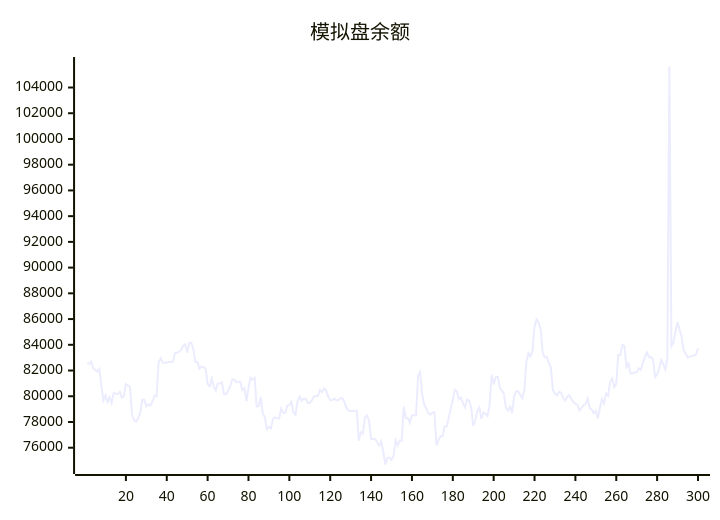
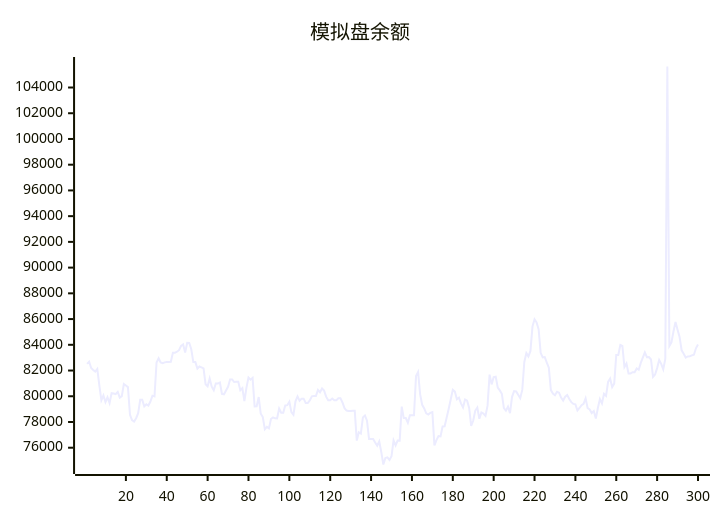
Before and after one commit to aahl/ai-trading: the diagram in README.md, drawn with Mermaid. The commit also changed other lines of this file and 1 other file, not shown here.

````diff
--- a/README.md
+++ b/README.md
@@ -5,5 +5,5 @@
 ```mermaid
 xychart
     title "模拟盘余额"
-    line [82572,82512,82688,82200,82047,81920,82125,80840,79688,80060,79552,79920,79470,80236,80208,80170,80336,79894,80006,80954,80837,80712,78561,78139,78037,78293,78682,79720,79720,79214,79372,79279,79591,80046,79993,82625,82950,82626,82571,82633,82670,82670,82681,83386,83378,83464,83579,83920,84037,83402,84160,84142,83652,82655,82655,82145,82315,82243,82163,80934,80770,81371,80742,80468,80989,80989,81067,80191,80155,80450,80737,81309,81309,81106,81119,81119,80471,80631,79624,80670,81448,81290,81429,79212,79222,79940,78643,78380,77432,77623,77504,78235,78358,78284,78277,79048,78714,78714,79290,79308,79567,78763,78563,79603,79988,79652,79813,79813,79476,79469,79673,79995,80015,80015,80486,80314,80600,80436,79966,79689,79689,79819,79692,79692,79850,79850,79518,79071,78889,78850,78850,78878,78878,76554,77202,77103,78357,78510,78106,76678,76677,76672,76411,76159,76485,75656,74695,75197,75246,75052,75334,76564,76179,76553,76551,79196,78300,78300,77944,78531,78531,78521,81564,81884,80160,79335,79055,78675,78580,78708,78764,76179,76586,76902,76876,77658,77669,78346,79023,79769,80497,80366,79761,79896,79448,79126,79749,79658,79097,77695,78114,78888,79126,78249,78738,78653,78478,79271,81680,80923,81488,81527,80681,80455,80190,79084,78879,79193,78686,79954,80403,80374,80118,79848,80491,82665,83351,83098,83525,85430,85983,85737,85221,83378,83014,83043,82613,82216,80477,80208,80081,80348,80277,79894,79670,79965,80093,79786,79542,79406,79371,78893,79087,79304,79406,79841,79072,78978,78696,78846,78272,79085,79787,79442,80198,80031,81120,81379,80718,80985,83214,83212,83993,83921,82270,82547,81776,81776,81866,81866,82158,82061,82596,83000,83408,83041,83050,82858,81503,81691,82188,82812,82517,82092,82901,105633,83898,84180,85030,85781,85178,84604,83569,83298,83008,83093,83107,83175,83228,83729]
+    line [82512,82688,82200,82047,81920,82125,80840,79688,80060,79552,79920,79470,80236,80208,80170,80336,79894,80006,80954,80837,80712,78561,78139,78037,78293,78682,79720,79720,79214,79372,79279,79591,80046,79993,82625,82950,82626,82571,82633,82670,82670,82681,83386,83378,83464,83579,83920,84037,83402,84160,84142,83652,82655,82655,82145,82315,82243,82163,80934,80770,81371,80742,80468,80989,80989,81067,80191,80155,80450,80737,81309,81309,81106,81119,81119,80471,80631,79624,80670,81448,81290,81429,79212,79222,79940,78643,78380,77432,77623,77504,78235,78358,78284,78277,79048,78714,78714,79290,79308,79567,78763,78563,79603,79988,79652,79813,79813,79476,79469,79673,79995,80015,80015,80486,80314,80600,80436,79966,79689,79689,79819,79692,79692,79850,79850,79518,79071,78889,78850,78850,78878,78878,76554,77202,77103,78357,78510,78106,76678,76677,76672,76411,76159,76485,75656,74695,75197,75246,75052,75334,76564,76179,76553,76551,79196,78300,78300,77944,78531,78531,78521,81564,81884,80160,79335,79055,78675,78580,78708,78764,76179,76586,76902,76876,77658,77669,78346,79023,79769,80497,80366,79761,79896,79448,79126,79749,79658,79097,77695,78114,78888,79126,78249,78738,78653,78478,79271,81680,80923,81488,81527,80681,80455,80190,79084,78879,79193,78686,79954,80403,80374,80118,79848,80491,82665,83351,83098,83525,85430,85983,85737,85221,83378,83014,83043,82613,82216,80477,80208,80081,80348,80277,79894,79670,79965,80093,79786,79542,79406,79371,78893,79087,79304,79406,79841,79072,78978,78696,78846,78272,79085,79787,79442,80198,80031,81120,81379,80718,80985,83214,83212,83993,83921,82270,82547,81776,81776,81866,81866,82158,82061,82596,83000,83408,83041,83050,82858,81503,81691,82188,82812,82517,82092,82901,105633,83898,84180,85030,85781,85178,84604,83569,83298,83008,83093,83107,83175,83228,83729,84025]
 ```
````
